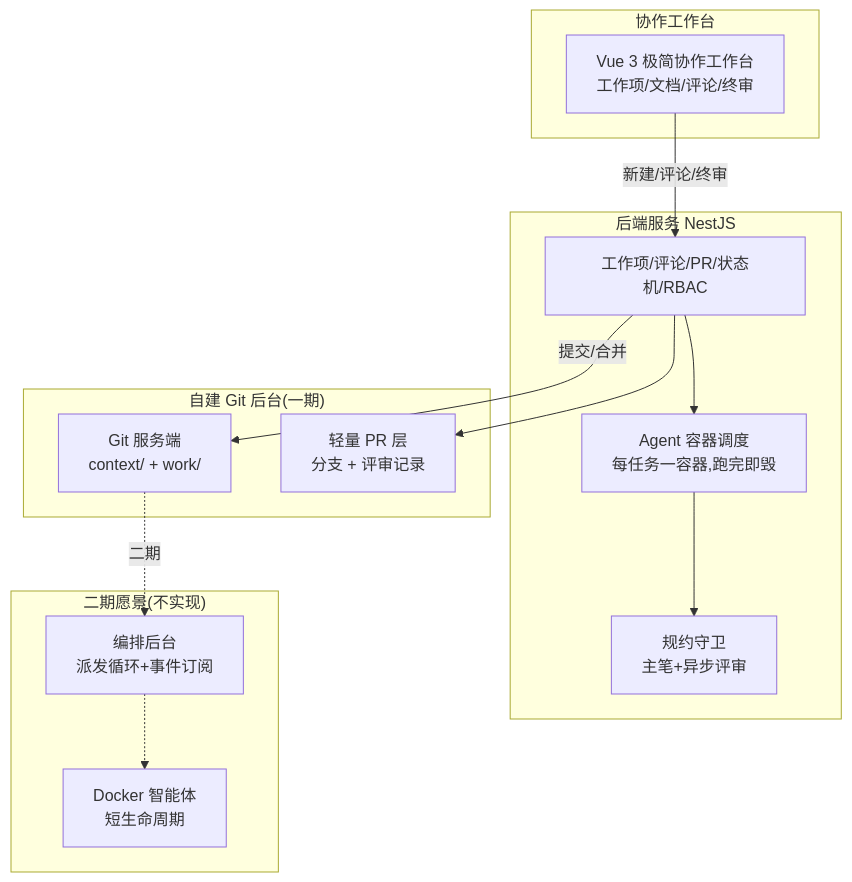
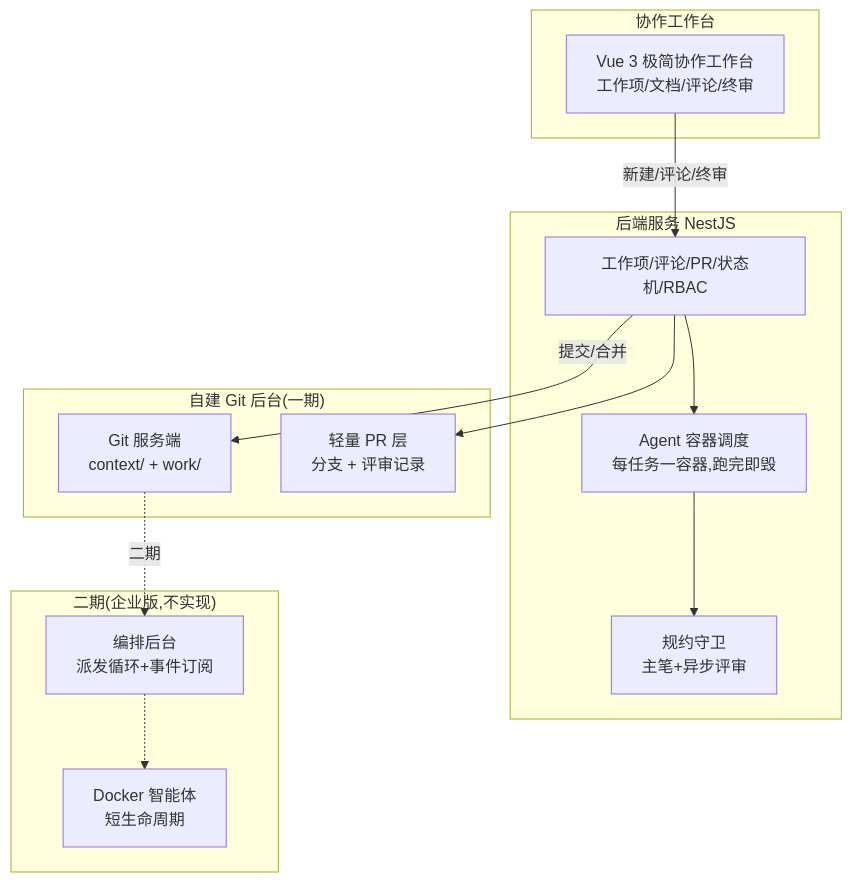
One commit to wonglaitung/opencode changed the third of 6 diagrams in COLLECTIVE.md. Above: the diagram before and after it, drawn with Mermaid. The commit also changed other lines of this file, not shown here.

````diff
--- a/COLLECTIVE.md
+++ b/COLLECTIVE.md
@@ -271,26 +273,26 @@
 ```mermaid
 flowchart TB
     subgraph 协作工作台
         UI[Vue 3 极简协作工作台<br/>工作项/文档/评论/终审]
     end
     subgraph 后端[后端服务 NestJS]
         BE[工作项/评论/PR/状态机/RBAC]
         Exec[Agent 容器调度<br/>每任务一容器,跑完即毁]
         AI[规约守卫<br/>主笔+异步评审]
     end
     subgraph Git后台["自建 Git 后台(一期)"]
         GS[Git 服务端<br/>context/ + work/]
         PR[轻量 PR 层<br/>分支 + 评审记录]
     end
-    subgraph 二期愿景["二期愿景(不实现)"]
+    subgraph 企业版["二期(企业版,不实现)"]
         Orch[编排后台<br/>派发循环+事件订阅]
         DockerAgent[Docker 智能体<br/>短生命周期]
     end
     UI -->|新建/评论/终审| BE
     BE --> Exec
     Exec --> AI
     BE -->|提交/合并| GS
     BE --> PR
     GS -.->|二期| Orch
     Orch -.-> DockerAgent
 ```
````
